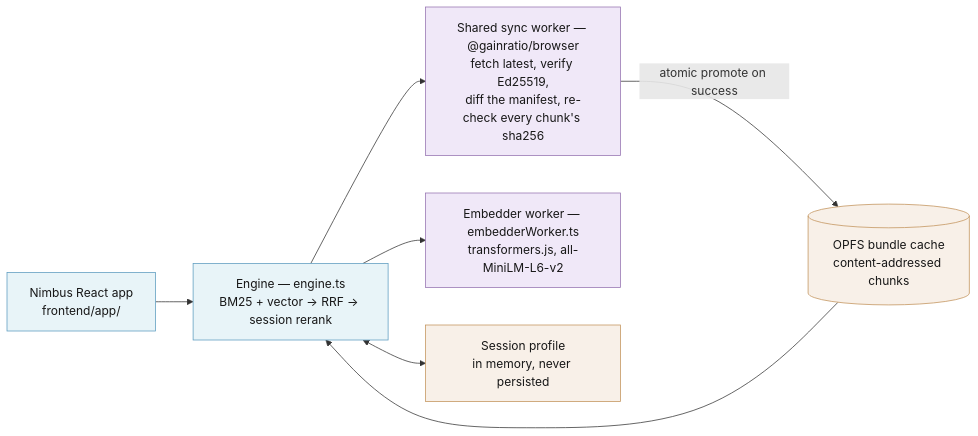
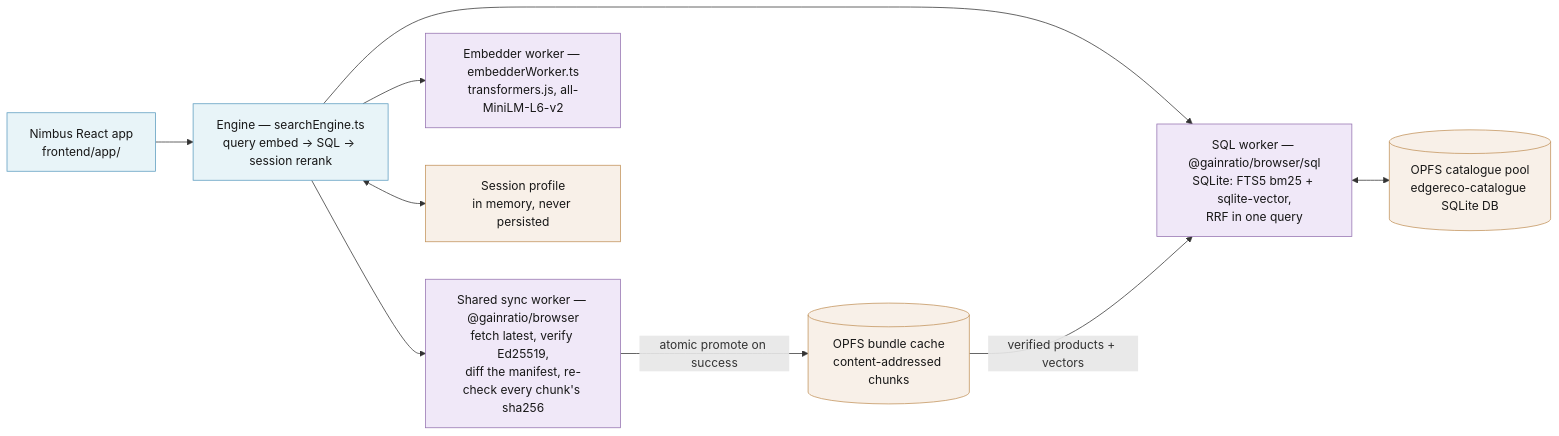
The third of 4 diagrams in docs/ARCHITECTURE.md (gainratio/edge-reco), drawn with Mermaid before and after one commit. The commit also changed other lines of this file and 3 other files, not shown here.

````diff
--- a/docs/ARCHITECTURE.md
+++ b/docs/ARCHITECTURE.md
@@ -183,23 +191,27 @@
 ```mermaid
 flowchart LR
   app["Nimbus React app<br>frontend/app/"]
-  engine["Engine — engine.ts<br>BM25 + vector → RRF → session rerank"]
+  engine["Engine — searchEngine.ts<br>query embed → SQL → session rerank"]
   sync["Shared sync worker — @gainratio/browser<br>fetch latest, verify Ed25519,<br>diff the manifest, re-check every chunk's sha256"]
   embed["Embedder worker — embedderWorker.ts<br>transformers.js, all-MiniLM-L6-v2"]
+  sqlw["SQL worker — @gainratio/browser/sql<br>SQLite: FTS5 bm25 + sqlite-vector,<br>RRF in one query"]
   opfs[("OPFS bundle cache<br>content-addressed chunks")]
+  catdb[("OPFS catalogue pool<br>edgereco-catalogue SQLite DB")]
   profile["Session profile<br>in memory, never persisted"]
 
   app --> engine
   engine --> sync
   engine --> embed
+  engine --> sqlw
   sync -->|"atomic promote on success"| opfs
-  opfs --> engine
+  opfs -->|"verified products + vectors"| sqlw
+  sqlw <--> catdb
   engine <--> profile
 
   classDef ui fill:#e8f4f8,stroke:#5b9bbf,color:#171717;
   classDef work fill:#f0e8f8,stroke:#9472b0,color:#171717;
   classDef store fill:#f8f0e8,stroke:#c2925a,color:#171717;
   class app,engine ui;
-  class sync,embed work;
-  class opfs,profile store;
+  class sync,embed,sqlw work;
+  class opfs,catdb,profile store;
 ```
````
